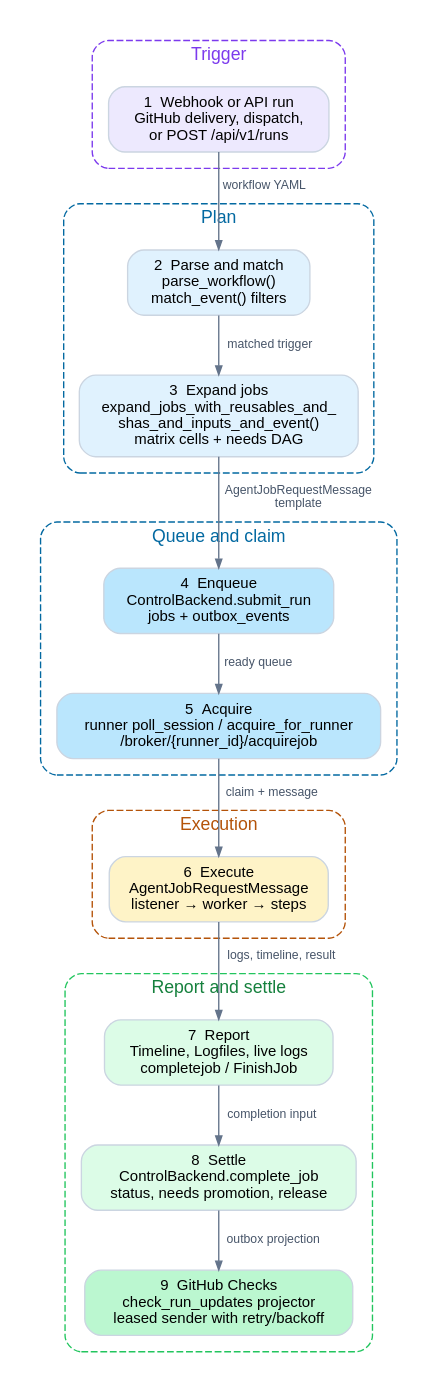
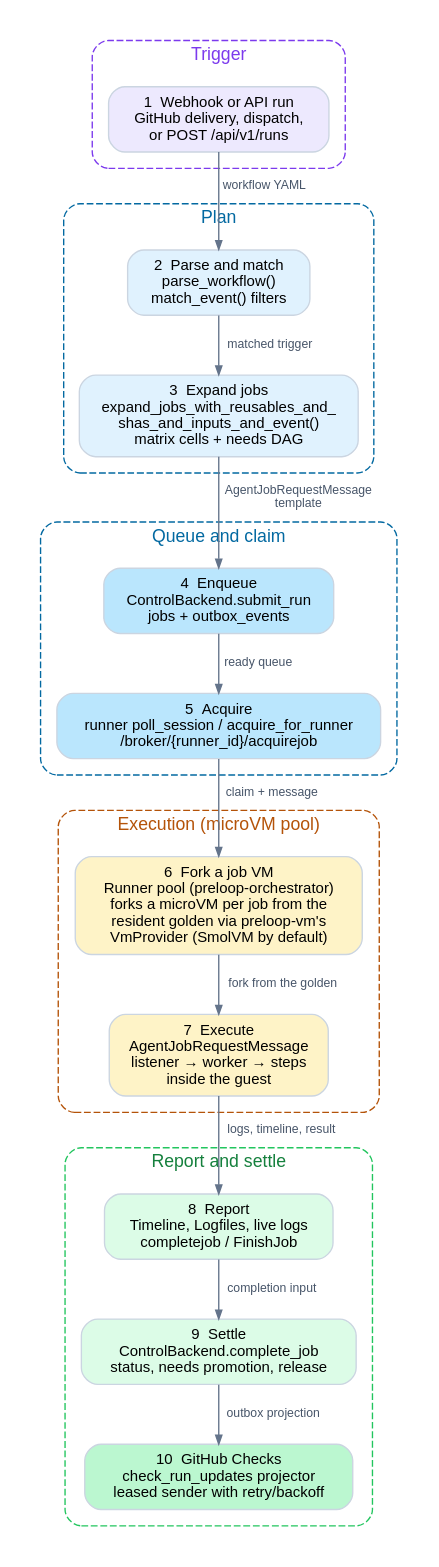
Before and after one commit to preloopdev/preloop: the diagram in docs/diagrams/job-lifecycle.dot, drawn with Graphviz. The commit also changed 56 other files, not shown here.

```diff
--- a/docs/diagrams/job-lifecycle.dot
+++ b/docs/diagrams/job-lifecycle.dot
@@ -1,43 +1,45 @@
 digraph job_lifecycle {
   graph [rankdir=TB, bgcolor="white", splines=spline, nodesep=0.32, ranksep=0.46, fontname="Helvetica", newrank=true, pad=0.2];
   node  [shape=box, style="rounded,filled", fontname="Helvetica", fontsize=11, fillcolor="#f8fafc", color="#cbd5e1", margin="0.13,0.08"];
   edge  [color="#64748b", arrowsize=0.65, fontname="Helvetica", fontsize=9, fontcolor="#475569"];
 
   subgraph cluster_trigger {
     label="Trigger"; fontsize=13; fontcolor="#7c3aed"; style="rounded,dashed"; color="#7c3aed"; margin=12;
     trigger [label="1  Webhook or API run\nGitHub delivery, dispatch,\nor POST /api/v1/runs", fillcolor="#ede9fe"];
   }
 
   subgraph cluster_plan {
     label="Plan"; fontsize=13; fontcolor="#0369a1"; style="rounded,dashed"; color="#0369a1"; margin=12;
     parse [label="2  Parse and match\nparse_workflow()\nmatch_event() filters", fillcolor="#e0f2fe"];
     expand [label="3  Expand jobs\nexpand_jobs_with_reusables_and_\nshas_and_inputs_and_event()\nmatrix cells + needs DAG", fillcolor="#e0f2fe"];
   }
 
   subgraph cluster_queue {
     label="Queue and claim"; fontsize=13; fontcolor="#0369a1"; style="rounded,dashed"; color="#0369a1"; margin=12;
     enqueue [label="4  Enqueue\nControlBackend.submit_run\njobs + outbox_events", fillcolor="#bae6fd"];
     acquire [label="5  Acquire\nrunner poll_session / acquire_for_runner\n/broker/{runner_id}/acquirejob", fillcolor="#bae6fd"];
   }
 
   subgraph cluster_exec {
-    label="Execution"; fontsize=13; fontcolor="#b45309"; style="rounded,dashed"; color="#b45309"; margin=12;
-    run [label="6  Execute\nAgentJobRequestMessage\nlistener → worker → steps", fillcolor="#fef3c7"];
+    label="Execution (microVM pool)"; fontsize=13; fontcolor="#b45309"; style="rounded,dashed"; color="#b45309"; margin=12;
+    pool [label="6  Fork a job VM\nRunner pool (preloop-orchestrator)\nforks a microVM per job from the\nresident golden via preloop-vm's\nVmProvider (SmolVM by default)", fillcolor="#fef3c7"];
+    run [label="7  Execute\nAgentJobRequestMessage\nlistener → worker → steps\ninside the guest", fillcolor="#fef3c7"];
   }
 
   subgraph cluster_report {
     label="Report and settle"; fontsize=13; fontcolor="#15803d"; style="rounded,dashed"; color="#22c55e"; margin=12;
-    report [label="7  Report\nTimeline, Logfiles, live logs\ncompletejob / FinishJob", fillcolor="#dcfce7"];
-    settle [label="8  Settle\nControlBackend.complete_job\nstatus, needs promotion, release", fillcolor="#dcfce7"];
-    checks [label="9  GitHub Checks\ncheck_run_updates projector\nleased sender with retry/backoff", fillcolor="#bbf7d0"];
+    report [label="8  Report\nTimeline, Logfiles, live logs\ncompletejob / FinishJob", fillcolor="#dcfce7"];
+    settle [label="9  Settle\nControlBackend.complete_job\nstatus, needs promotion, release", fillcolor="#dcfce7"];
+    checks [label="10  GitHub Checks\ncheck_run_updates projector\nleased sender with retry/backoff", fillcolor="#bbf7d0"];
   }
 
   trigger -> parse [label="workflow YAML"];
   parse -> expand [label="matched trigger"];
   expand -> enqueue [label="AgentJobRequestMessage\ntemplate"];
   enqueue -> acquire [label="ready queue"];
-  acquire -> run [label="claim + message"];
+  acquire -> pool [label="claim + message"];
+  pool -> run [label="fork from the golden"];
   run -> report [label="logs, timeline, result"];
   report -> settle [label="completion input"];
   settle -> checks [label="outbox projection"];
 }
```
